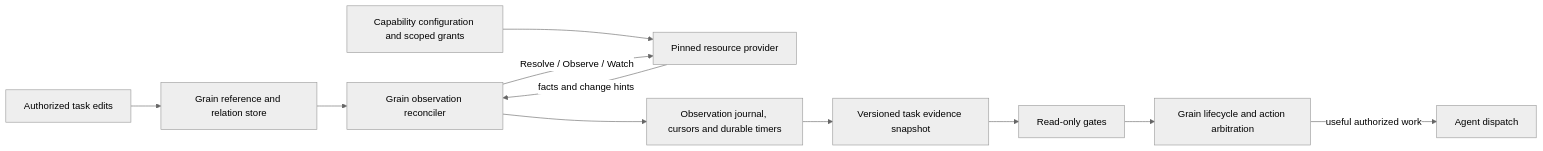
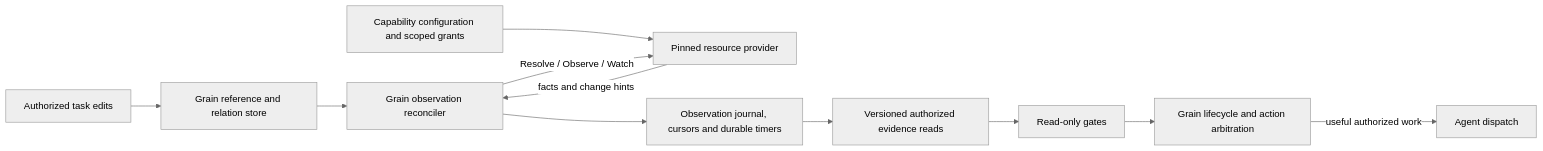
The diagram in design/design/tracked-resources.design.md (ai-on-gke/grain), drawn with Mermaid (neutral theme) before and after one commit. The commit also changed other lines of this file and 91 other files, not shown here.

````diff
--- a/design/design/tracked-resources.design.md
+++ b/design/design/tracked-resources.design.md
@@ -47,13 +47,13 @@
 ```mermaid
 flowchart LR
   U[Authorized task edits] --> R[Grain reference and relation store]
   C[Capability configuration and scoped grants] --> P[Pinned resource provider]
   R --> O[Grain observation reconciler]
   O -->|Resolve / Observe / Watch| P
   P -->|facts and change hints| O
   O --> J[Observation journal, cursors and durable timers]
-  J --> S[Versioned task evidence snapshot]
+  J --> S[Versioned authorized evidence reads]
   S --> G[Read-only gates]
   G --> L[Grain lifecycle and action arbitration]
   L -->|useful authorized work| A[Agent dispatch]
 ```
````
